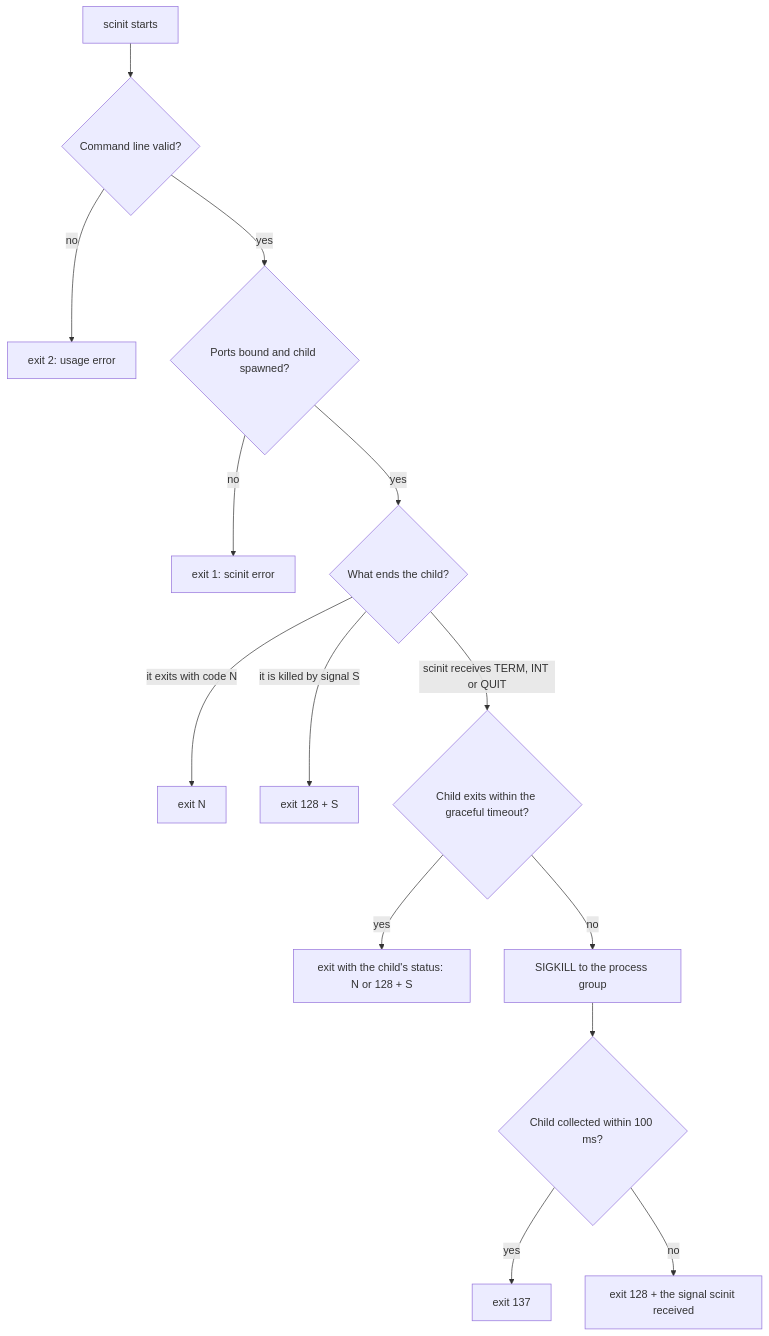
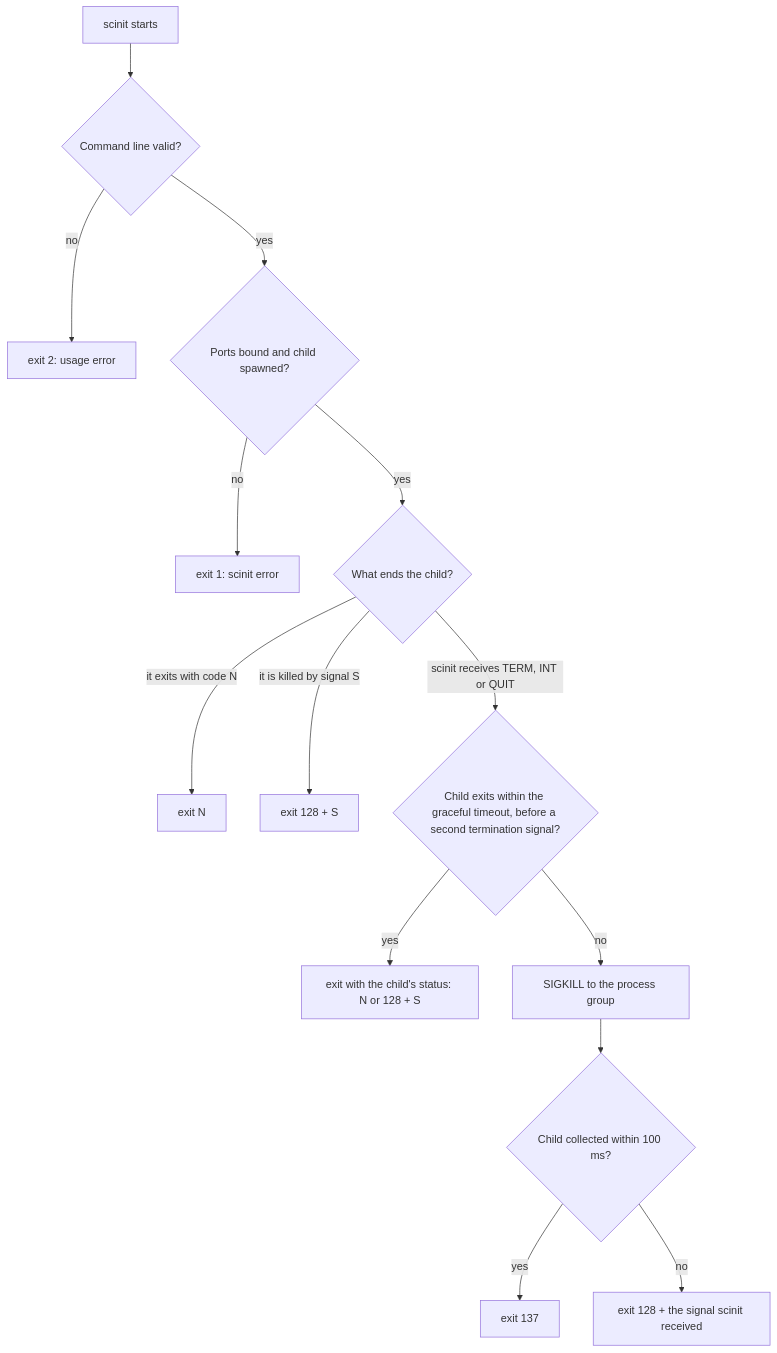
Before and after one commit to divoxx/scinit: the diagram in docs/guides/exit-codes.md, drawn with Mermaid. The commit also changed other lines of this file and 5 other files, not shown here.

First line of the commit message:
Escalate to SIGKILL on a second termination signal

````diff
--- a/docs/guides/exit-codes.md
+++ b/docs/guides/exit-codes.md
@@ -7,16 +7,16 @@
 ```mermaid
 flowchart TD
     start["scinit starts"] --> parse{"Command line valid?"}
     parse -- no --> usage["exit 2: usage error"]
     parse -- yes --> setup{"Ports bound and child spawned?"}
     setup -- no --> err["exit 1: scinit error"]
     setup -- yes --> how{"What ends the child?"}
     how -- "it exits with code N" --> code["exit N"]
     how -- "it is killed by signal S" --> sig["exit 128 + S"]
-    how -- "scinit receives TERM, INT or QUIT" --> grace{"Child exits within the graceful timeout?"}
+    how -- "scinit receives TERM, INT or QUIT" --> grace{"Child exits within the graceful timeout, before a second termination signal?"}
     grace -- yes --> status["exit with the child's status: N or 128 + S"]
     grace -- no --> kill["SIGKILL to the process group"]
     kill --> reaped{"Child collected within 100 ms?"}
     reaped -- yes --> k137["exit 137"]
     reaped -- no --> recv["exit 128 + the signal scinit received"]
 ```
````
